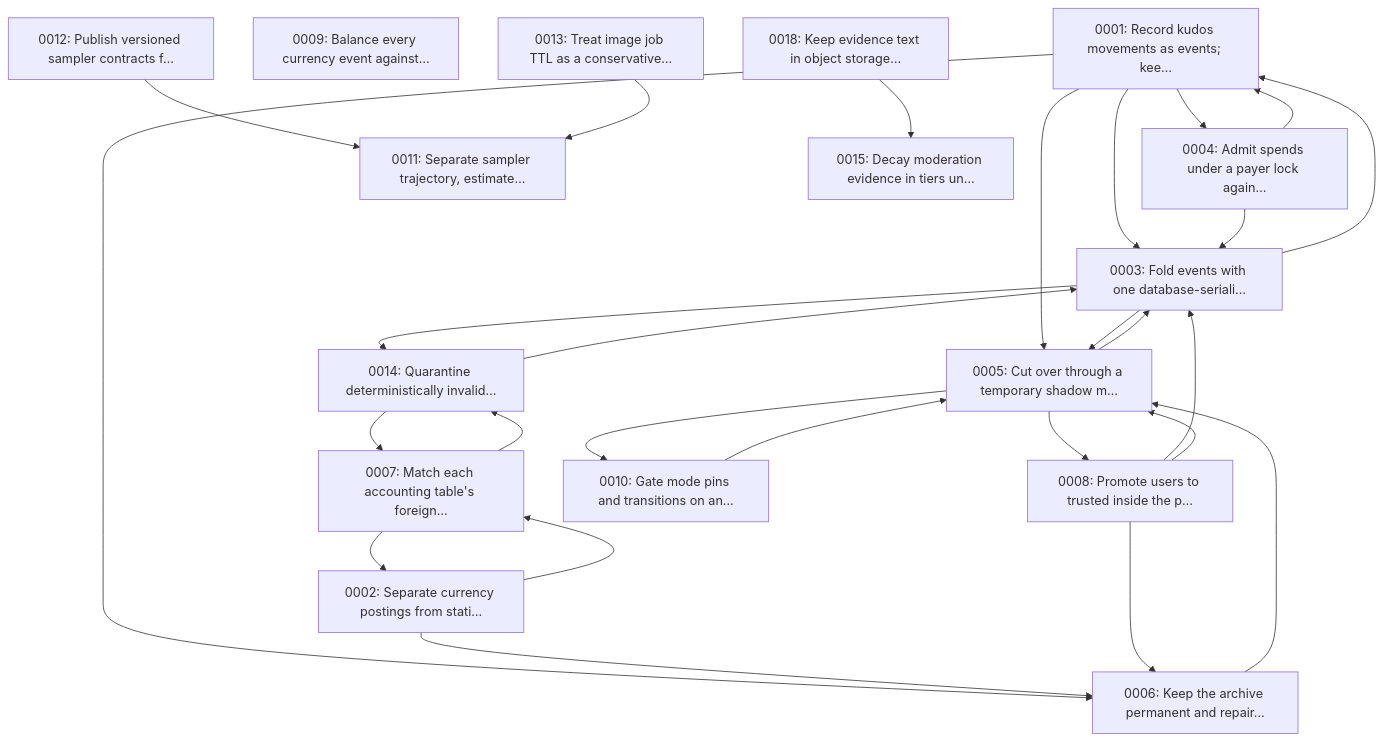
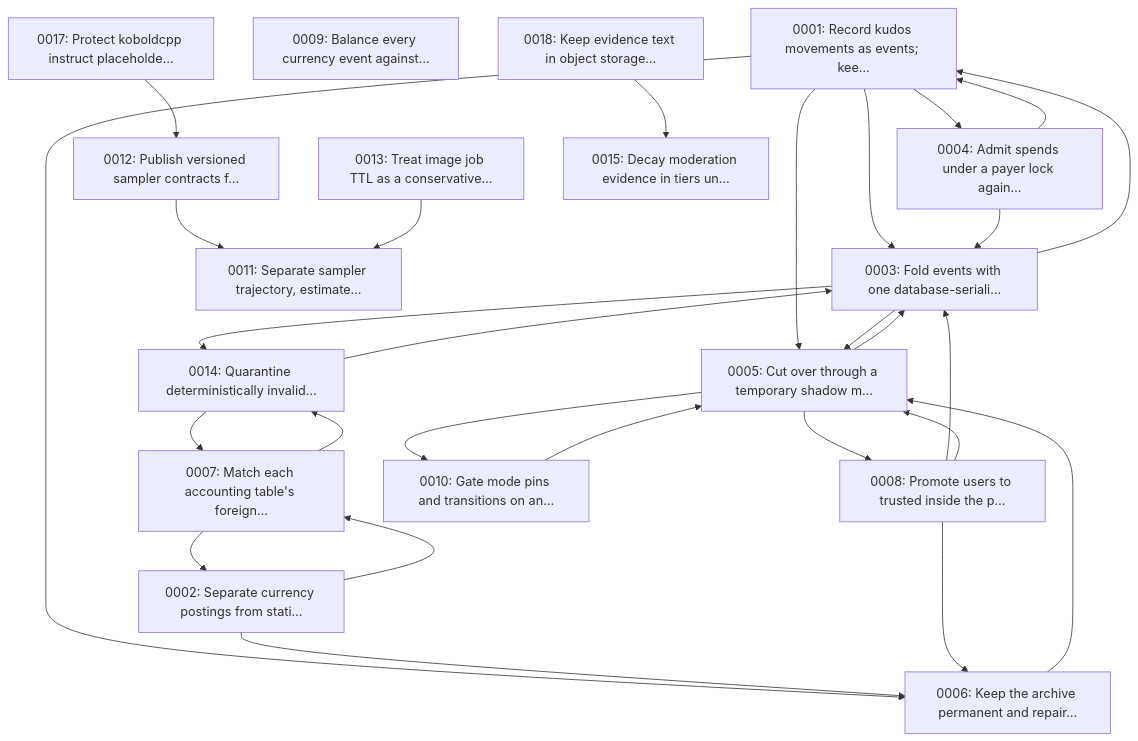
One commit to Haidra-Org/AI-Horde changed the diagram in docs/decisions/index.md. Above: the diagram before and after it, drawn with Mermaid. The commit also changed other lines of this file and 6 other files, not shown here.

````diff
--- a/docs/decisions/index.md
+++ b/docs/decisions/index.md
@@ -36,45 +37,47 @@
 ```mermaid
 flowchart TD
     r0001["0001: Record kudos movements as events; kee…"]
     r0002["0002: Separate currency postings from stati…"]
     r0003["0003: Fold events with one database-seriali…"]
     r0004["0004: Admit spends under a payer lock again…"]
     r0005["0005: Cut over through a temporary shadow m…"]
     r0006["0006: Keep the archive permanent and repair…"]
     r0007["0007: Match each accounting table's foreign…"]
     r0008["0008: Promote users to trusted inside the p…"]
     r0009["0009: Balance every currency event against…"]
     r0010["0010: Gate mode pins and transitions on an…"]
     r0011["0011: Separate sampler trajectory, estimate…"]
     r0012["0012: Publish versioned sampler contracts f…"]
     r0013["0013: Treat image job TTL as a conservative…"]
     r0014["0014: Quarantine deterministically invalid…"]
     r0015["0015: Decay moderation evidence in tiers un…"]
+    r0017["0017: Protect koboldcpp instruct placeholde…"]
     r0018["0018: Keep evidence text in object storage…"]
     r0001 --> r0003
     r0001 --> r0004
     r0001 --> r0005
     r0001 --> r0006
     r0002 --> r0006
     r0002 --> r0007
     r0003 --> r0001
     r0003 --> r0005
     r0003 --> r0014
     r0004 --> r0001
     r0004 --> r0003
     r0005 --> r0003
     r0005 --> r0008
     r0005 --> r0010
     r0006 --> r0005
     r0007 --> r0002
     r0007 --> r0014
     r0008 --> r0003
     r0008 --> r0005
     r0008 --> r0006
     r0010 --> r0005
     r0012 --> r0011
     r0013 --> r0011
     r0014 --> r0003
     r0014 --> r0007
+    r0017 --> r0012
     r0018 --> r0015
 ```
````
